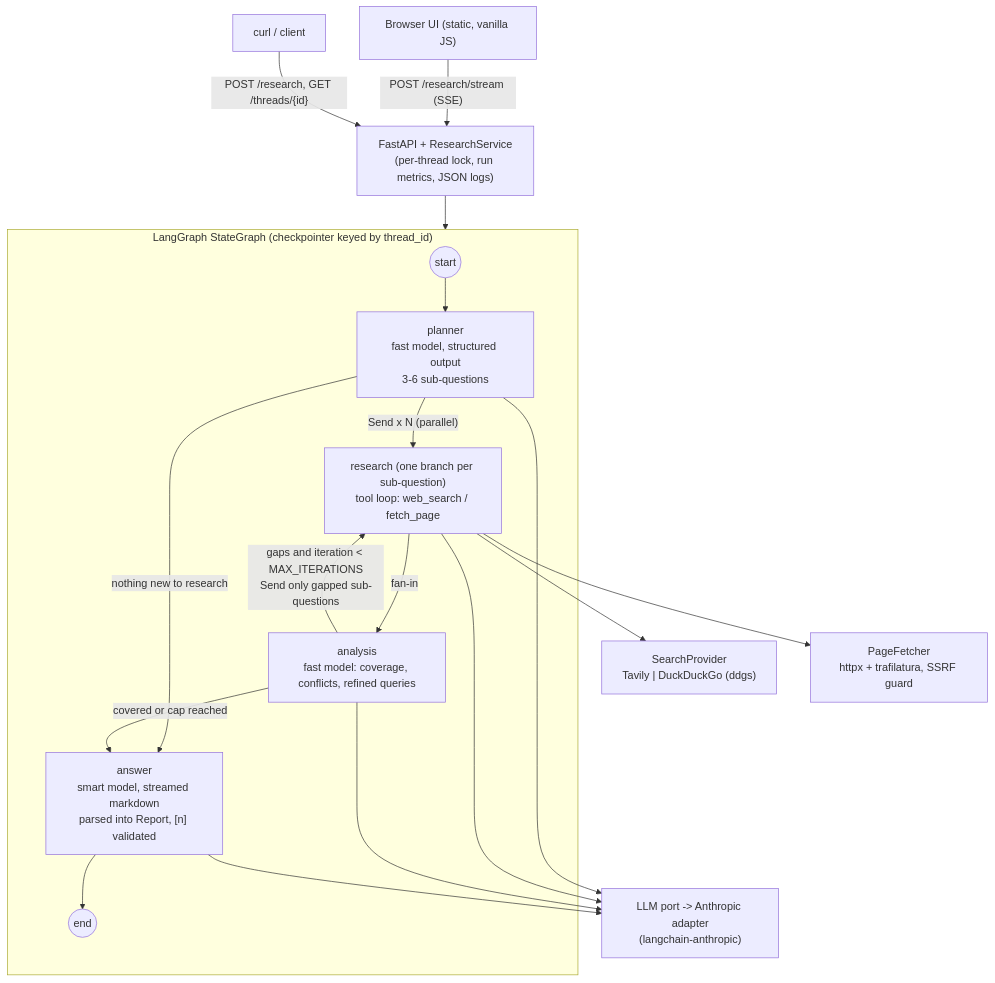
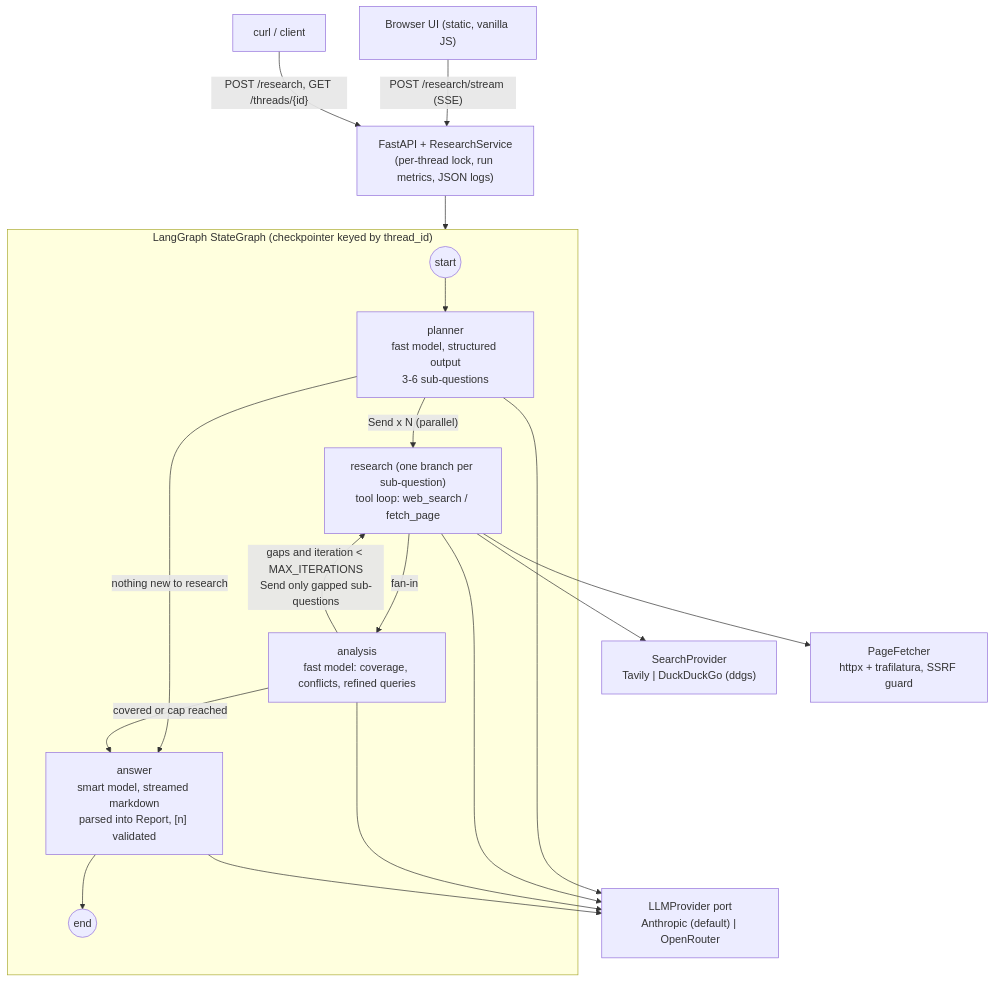
One commit to CardosoGuiVi/research-agent-langgraph changed the first of 2 diagrams in README.md. Above: the diagram before and after it, drawn with Mermaid. The commit also changed other lines of this file and 21 other files, not shown here.

First line of the commit message:
feat(llm): add LLMProvider port with an OpenRouter adapter

````diff
--- a/README.md
+++ b/README.md
@@ -72,20 +72,20 @@
 ```mermaid
 flowchart TD
     UI["Browser UI (static, vanilla JS)"] -- "POST /research/stream (SSE)" --> API
     Client["curl / client"] -- "POST /research, GET /threads/{id}" --> API
     API["FastAPI + ResearchService<br/>(per-thread lock, run metrics, JSON logs)"] --> G
 
     subgraph G["LangGraph StateGraph (checkpointer keyed by thread_id)"]
         S((start)) --> P["planner<br/>fast model, structured output<br/>3-6 sub-questions"]
         P -- "Send x N (parallel)" --> R["research (one branch per sub-question)<br/>tool loop: web_search / fetch_page"]
         P -- "nothing new to research" --> A
         R -- "fan-in" --> AN["analysis<br/>fast model: coverage, conflicts, refined queries"]
         AN -- "gaps and iteration < MAX_ITERATIONS<br/>Send only gapped sub-questions" --> R
         AN -- "covered or cap reached" --> A["answer<br/>smart model, streamed markdown<br/>parsed into Report, [n] validated"]
         A --> E((end))
     end
 
     R --> SP["SearchProvider<br/>Tavily | DuckDuckGo (ddgs)"]
     R --> F["PageFetcher<br/>httpx + trafilatura, SSRF guard"]
-    P & R & AN & A --> LLM["LLM port -> Anthropic adapter<br/>(langchain-anthropic)"]
+    P & R & AN & A --> LLM["LLMProvider port<br/>Anthropic (default) | OpenRouter"]
 ```
````
